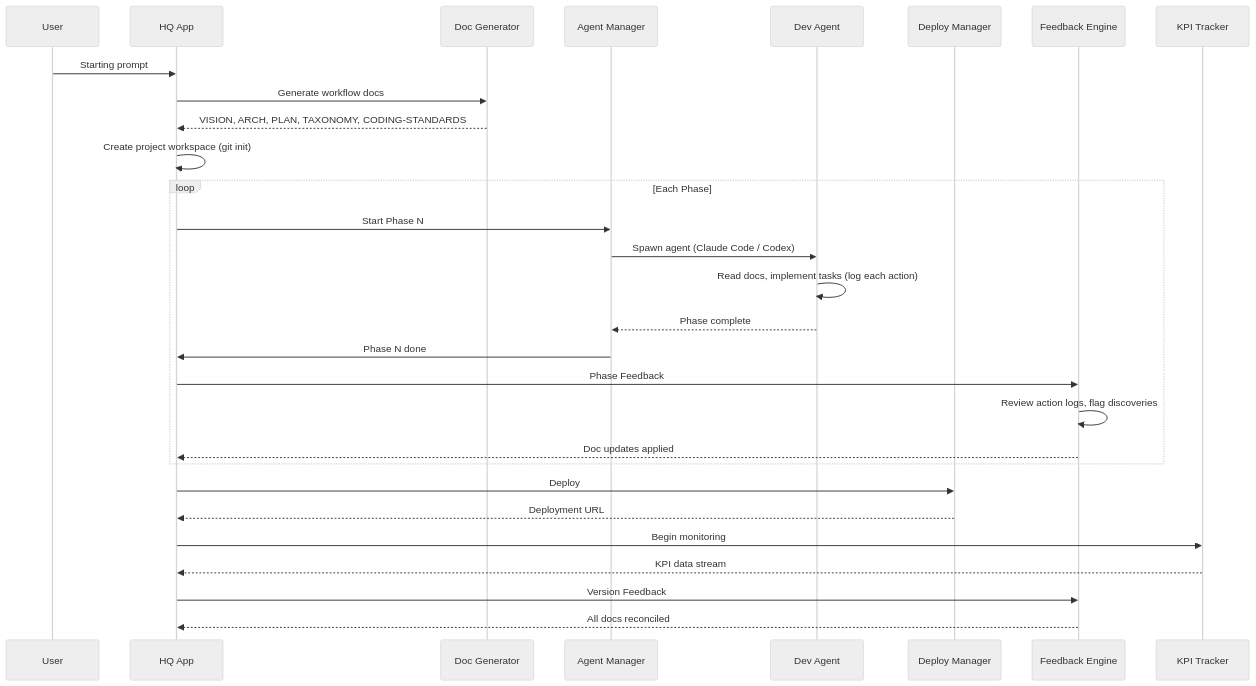
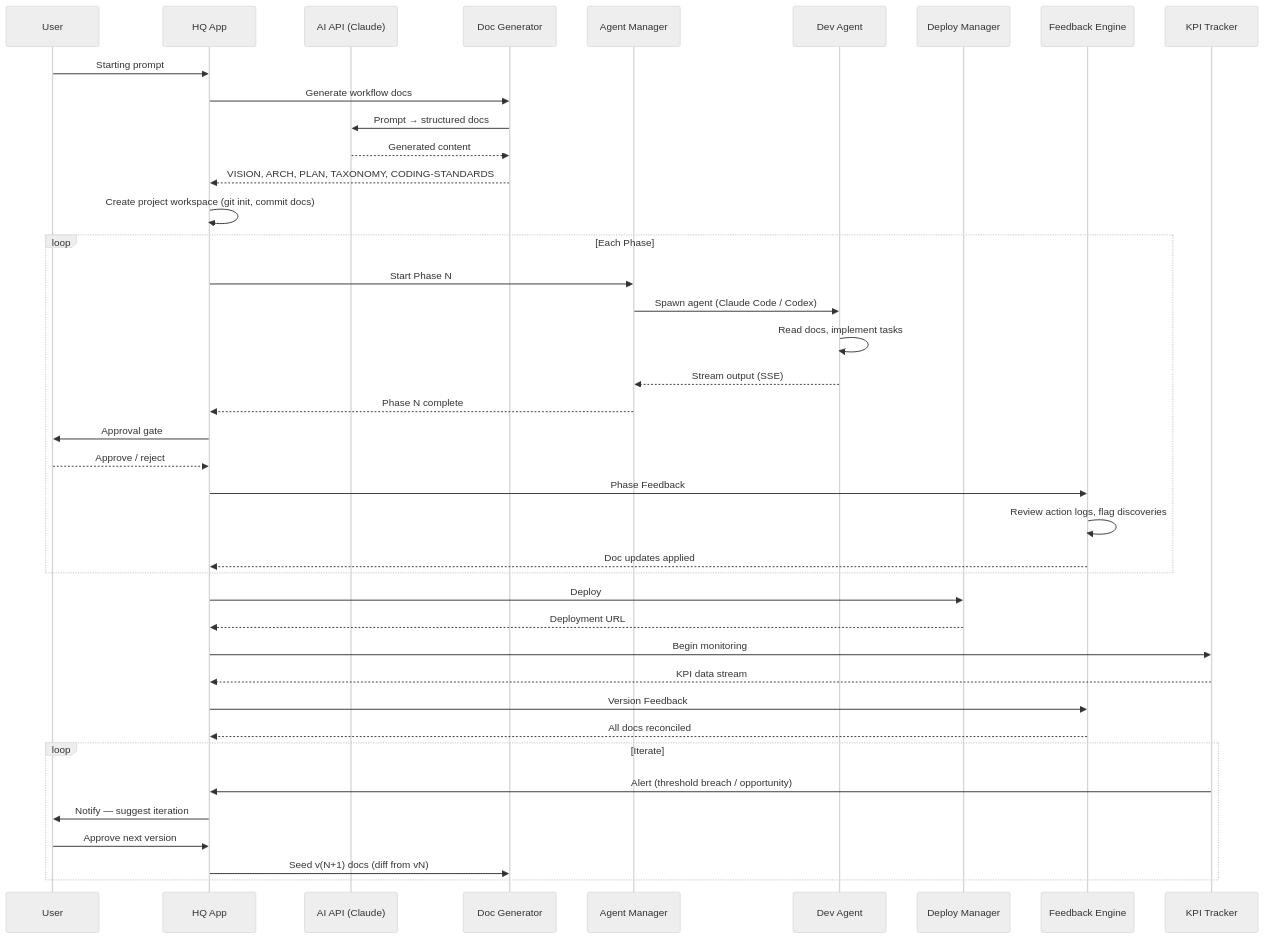
One commit to operator-auteng-ai/hq changed the third of 4 diagrams in docs/ARCH.md. Above: the diagram before and after it, drawn with Mermaid (neutral theme). The commit also changed other lines of this file and 3 other files, not shown here.

````diff
--- a/docs/ARCH.md
+++ b/docs/ARCH.md
@@ -73,34 +83,47 @@
 ```mermaid
 sequenceDiagram
     participant U as User
     participant HQ as HQ App
+    participant AI as AI API (Claude)
     participant DG as Doc Generator
     participant AM as Agent Manager
     participant A as Dev Agent
     participant D as Deploy Manager
     participant F as Feedback Engine
     participant K as KPI Tracker
 
     U->>HQ: Starting prompt
     HQ->>DG: Generate workflow docs
+    DG->>AI: Prompt → structured docs
+    AI-->>DG: Generated content
     DG-->>HQ: VISION, ARCH, PLAN, TAXONOMY, CODING-STANDARDS
-    HQ->>HQ: Create project workspace (git init)
+    HQ->>HQ: Create project workspace (git init, commit docs)
 
     loop Each Phase
         HQ->>AM: Start Phase N
         AM->>A: Spawn agent (Claude Code / Codex)
-        A->>A: Read docs, implement tasks (log each action)
-        A-->>AM: Phase complete
-        AM->>HQ: Phase N done
+        A->>A: Read docs, implement tasks
+        A-->>AM: Stream output (SSE)
+        AM-->>HQ: Phase N complete
+        HQ->>U: Approval gate
+        U-->>HQ: Approve / reject
         HQ->>F: Phase Feedback
         F->>F: Review action logs, flag discoveries
         F-->>HQ: Doc updates applied
     end
 
     HQ->>D: Deploy
     D-->>HQ: Deployment URL
     HQ->>K: Begin monitoring
     K-->>HQ: KPI data stream
+
     HQ->>F: Version Feedback
     F-->>HQ: All docs reconciled
+
+    loop Iterate
+        K->>HQ: Alert (threshold breach / opportunity)
+        HQ->>U: Notify — suggest iteration
+        U->>HQ: Approve next version
+        HQ->>DG: Seed v(N+1) docs (diff from vN)
+    end
 ```
````
